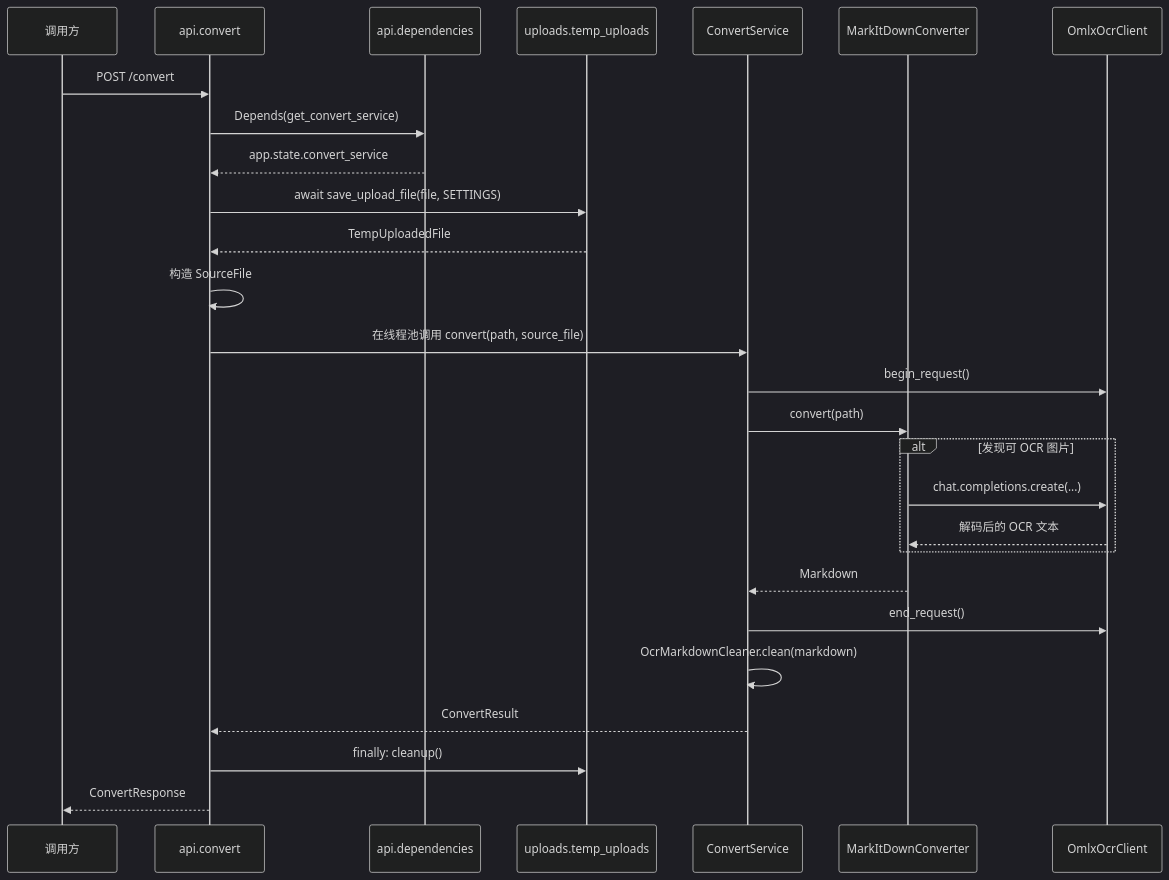
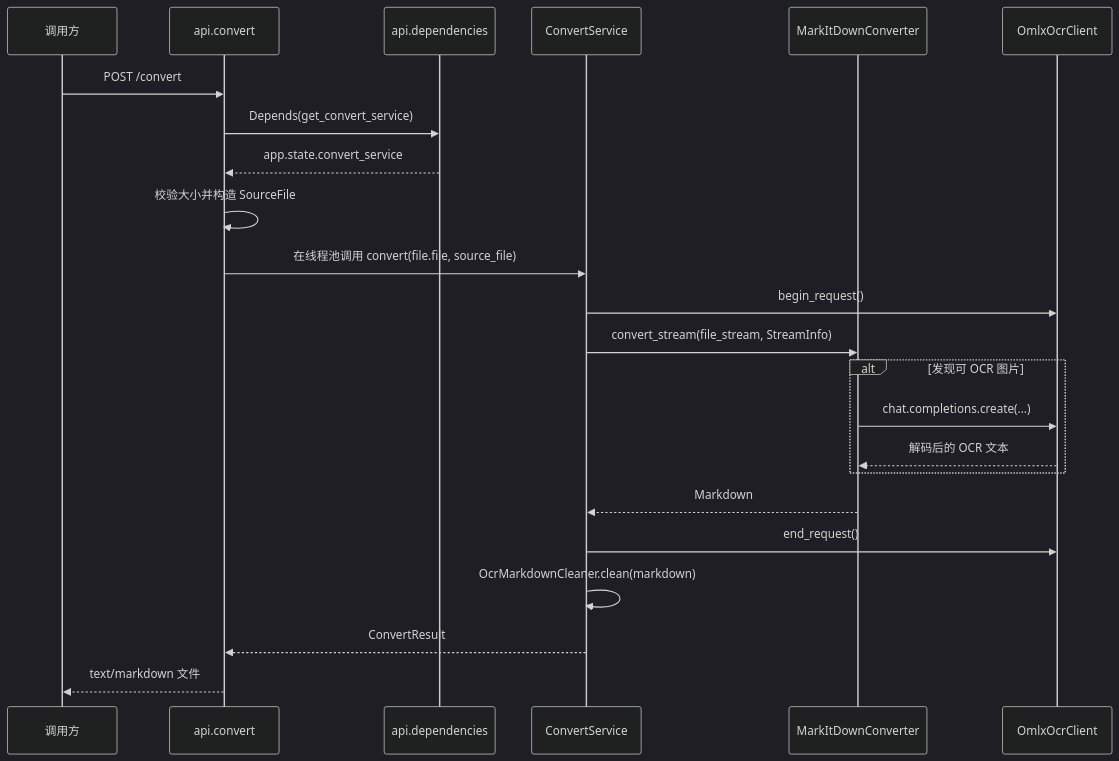
The second of 2 diagrams in docs/code-reference.md (Jianshi-Lu/to-markdown), drawn with Mermaid (dark theme) before and after one commit. The commit also changed other lines of this file and 29 other files, not shown here.

````diff
--- a/docs/code-reference.md
+++ b/docs/code-reference.md
@@ -167,30 +137,26 @@
 ```mermaid
 sequenceDiagram
     participant C as 调用方
     participant R as api.convert
     participant D as api.dependencies
-    participant U as uploads.temp_uploads
     participant S as ConvertService
     participant M as MarkItDownConverter
     participant O as OmlxOcrClient
 
     C->>R: POST /convert
     R->>D: Depends(get_convert_service)
     D-->>R: app.state.convert_service
-    R->>U: await save_upload_file(file, SETTINGS)
-    U-->>R: TempUploadedFile
-    R->>R: 构造 SourceFile
-    R->>S: 在线程池调用 convert(path, source_file)
+    R->>R: 校验大小并构造 SourceFile
+    R->>S: 在线程池调用 convert(file.file, source_file)
     S->>O: begin_request()
-    S->>M: convert(path)
+    S->>M: convert_stream(file_stream, StreamInfo)
     alt 发现可 OCR 图片
         M->>O: chat.completions.create(...)
         O-->>M: 解码后的 OCR 文本
     end
     M-->>S: Markdown
     S->>O: end_request()
     S->>S: OcrMarkdownCleaner.clean(markdown)
     S-->>R: ConvertResult
-    R->>U: finally: cleanup()
-    R-->>C: ConvertResponse
+    R-->>C: text/markdown 文件
 ```
````
